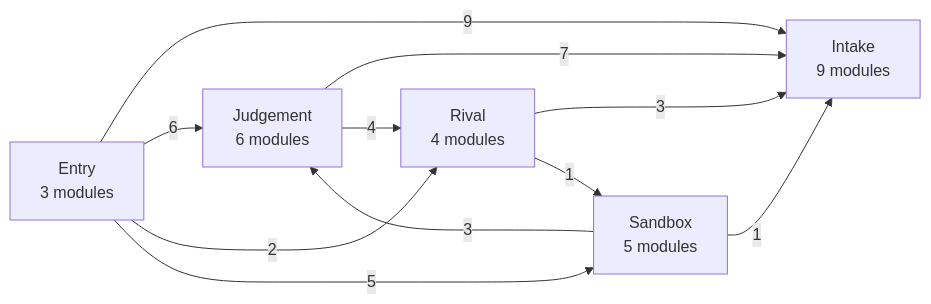
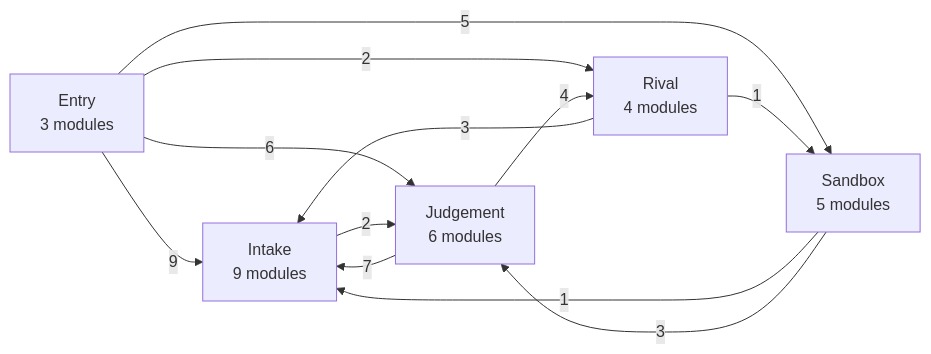
The second of 8 diagrams in docs/harita.md (Okan-wqm/snowball-mcp), drawn with Mermaid before and after one commit. The commit also changed other lines of this file and 11 other files, not shown here.

````diff
--- a/docs/harita.md
+++ b/docs/harita.md
@@ -74,18 +74,19 @@
 ```mermaid
 flowchart LR
   a_Entry["Entry<br/>3 modules"]
   a_Intake["Intake<br/>9 modules"]
   a_Sandbox["Sandbox<br/>5 modules"]
   a_Rival["Rival<br/>4 modules"]
   a_Judgement["Judgement<br/>6 modules"]
   a_Entry -->|9| a_Intake
   a_Entry -->|6| a_Judgement
   a_Entry -->|2| a_Rival
   a_Entry -->|5| a_Sandbox
+  a_Intake -->|2| a_Judgement
   a_Judgement -->|7| a_Intake
   a_Judgement -->|4| a_Rival
   a_Rival -->|3| a_Intake
   a_Rival -->|1| a_Sandbox
   a_Sandbox -->|1| a_Intake
   a_Sandbox -->|3| a_Judgement
 ```
````
